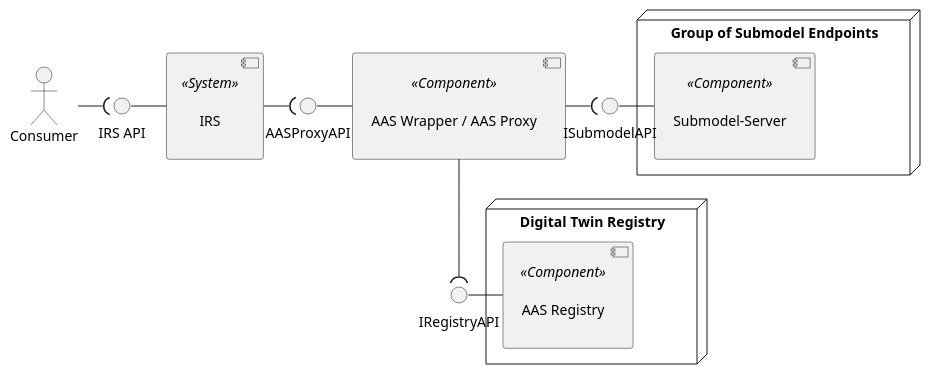
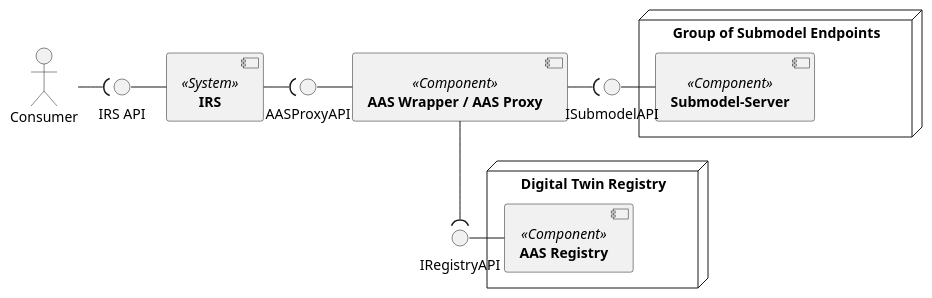
Before and after one commit to eclipse-tractusx/item-relationship-service: the diagram in uml-diagramms/irs-overall-system-view.puml, drawn with PlantUML. The commit also changed 5 other files, not shown here.

```diff
--- a/uml-diagramms/irs-overall-system-view.puml
+++ b/uml-diagramms/irs-overall-system-view.puml
@@ -1,33 +1,33 @@
 @startuml 
 skinparam monochrome true
 skinparam shadowing false
 
-[\n IRS \n] <<System>> as IRS
+[**IRS**] <<System>> as IRS
 
-[\n AAS Wrapper / AAS Proxy \n] <<Component>> as AASW
+[**AAS Wrapper / AAS Proxy**] <<Component>> as AASW
 
 
 node "Digital Twin Registry" {
-    [\n AAS Registry \n] <<Component>> as AASR
+    [**AAS Registry**] <<Component>> as AASR
 }
 
 node "Group of Submodel Endpoints" {
-  [\n Submodel-Server \n] <<Component>> as SN
+  [**Submodel-Server**] <<Component>> as SN
 }
 actor Consumer
 interface "IRS API" as IAPI
 interface "AASProxyAPI" as IAASW
 interface "IRegistryAPI" as IRAPI
 interface "ISubmodelAPI" as ISubModelAPI
 
 Consumer -( IAPI
 IAPI - IRS
 IAASW - AASW
 IRS -( IAASW
 IRAPI - AASR
 AASW --( IRAPI
 ISubModelAPI - SN
 AASW -( ISubModelAPI
 
 
 @enduml
```
